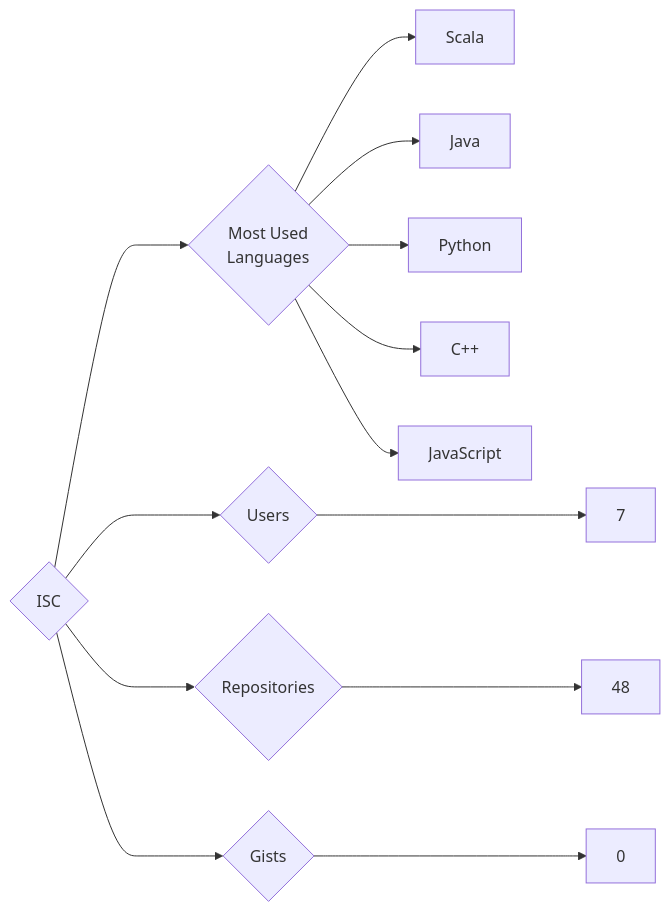
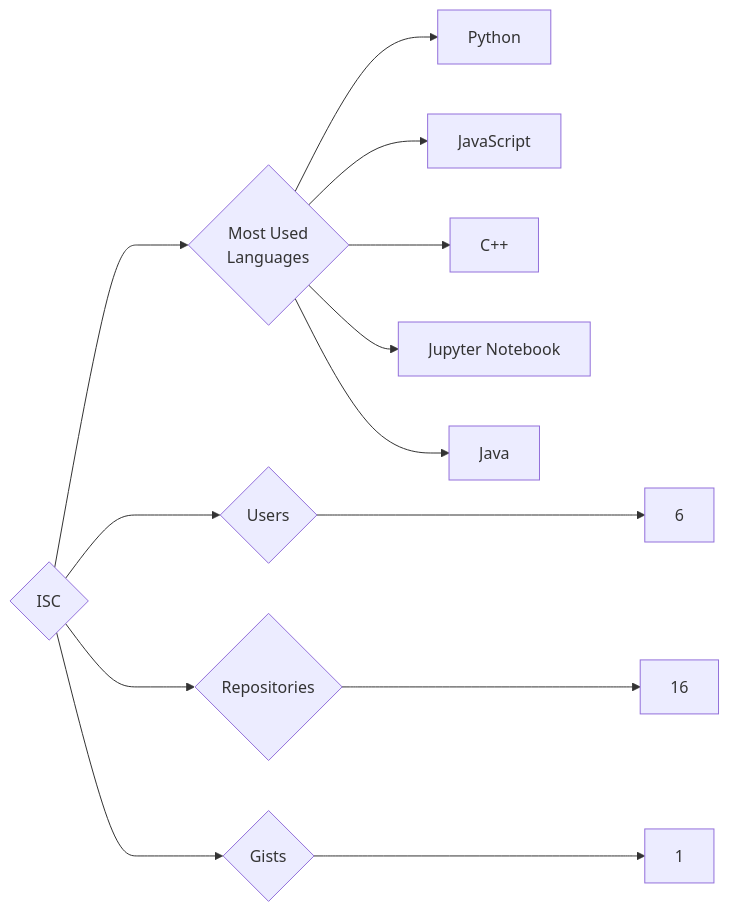
One commit to trickest/insiders changed the diagram in targets/ISC/README.md. Above: the diagram before and after it, drawn with Mermaid. The commit also changed 951 other files, not shown here.

````diff
--- a/targets/ISC/README.md
+++ b/targets/ISC/README.md
@@ -3,13 +3,13 @@
 ```mermaid
 graph LR
 COMPANY_NAME{ISC}
-COMPANY_NAME ---> U{Users} ---> UN[7]
-COMPANY_NAME ---> R{Repositories} ---> RN[48]
-COMPANY_NAME ---> G{Gists} ---> GN[0]
+COMPANY_NAME ---> U{Users} ---> UN[6]
+COMPANY_NAME ---> R{Repositories} ---> RN[16]
+COMPANY_NAME ---> G{Gists} ---> GN[1]
 COMPANY_NAME ---> ML{Most Used<br>Languages}
-ML --> Scala
-ML --> Java
-ML --> Python
-ML --> C++
-ML --> JavaScript
+ML --> Python[Python]
+ML --> JavaScript[JavaScript]
+ML --> C++[C++]
+ML --> Jupyter_Notebook[Jupyter Notebook]
+ML --> Java[Java]
 ```
````
